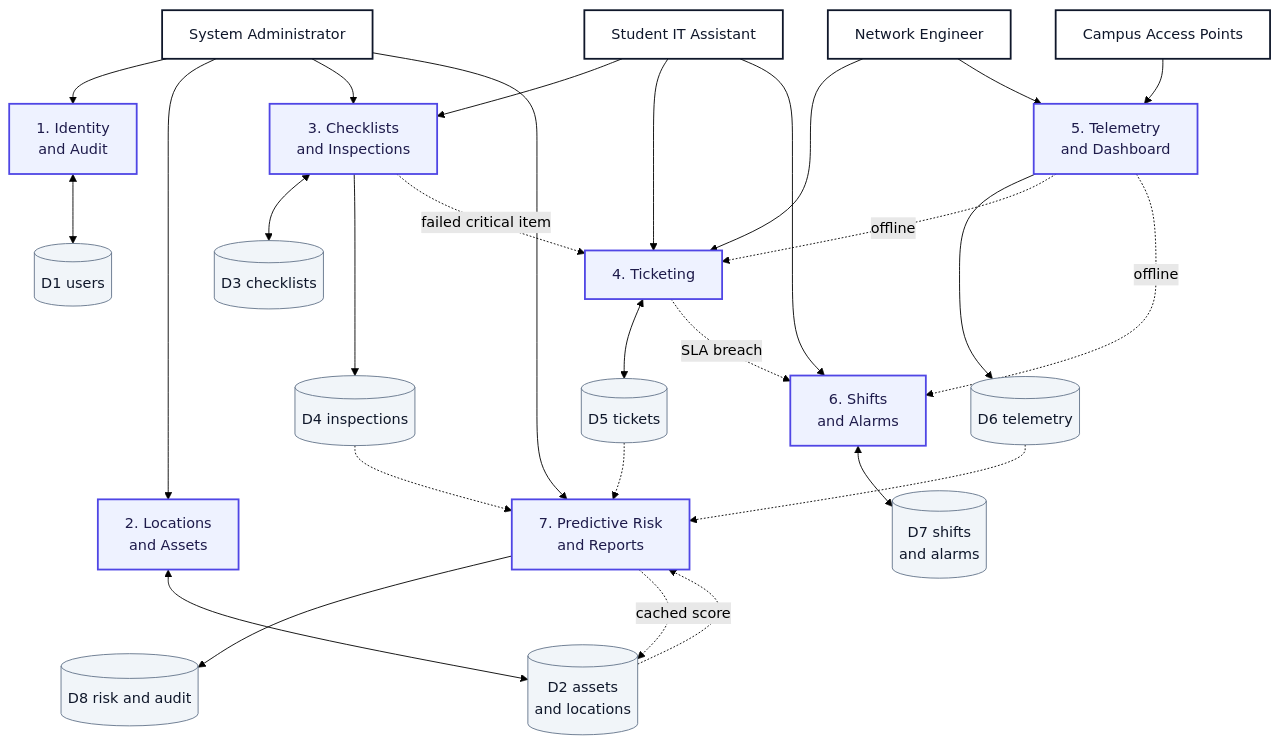
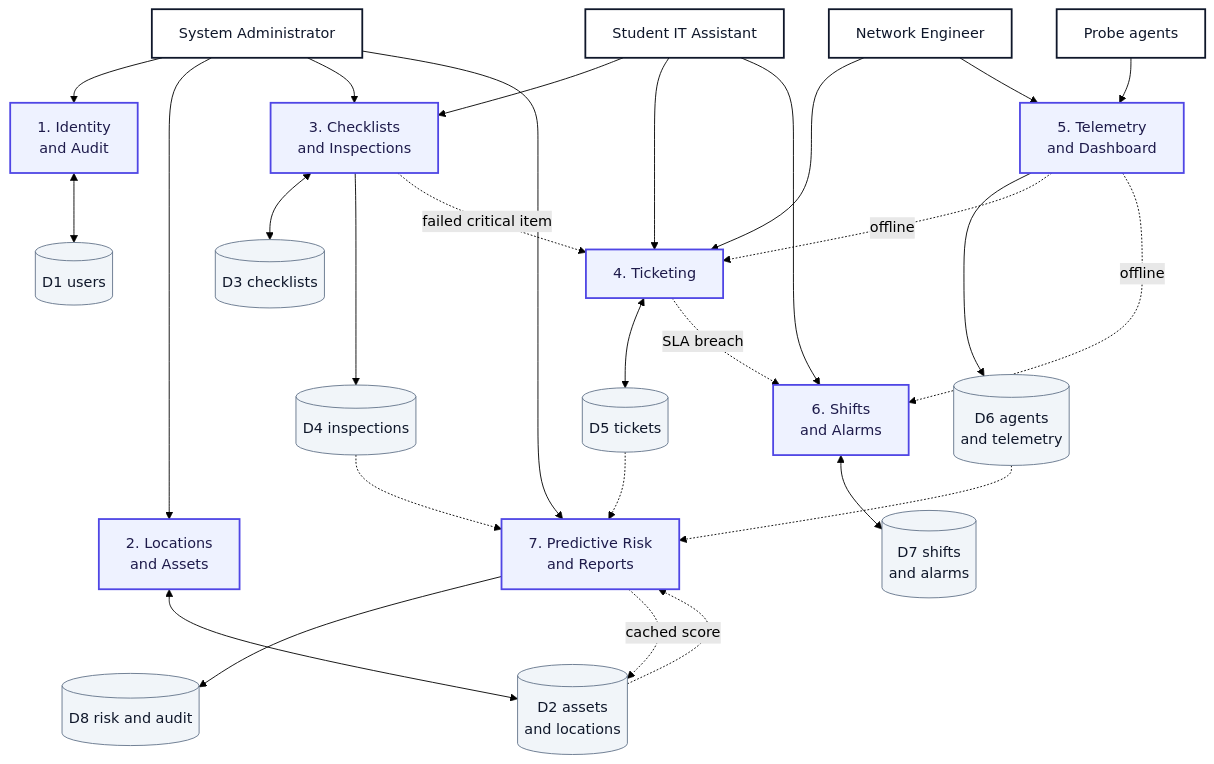
The second of 4 diagrams in docs/12-system-diagrams.md (phone292025/atlas-netcare), drawn with Mermaid (forest theme) before and after one commit. The commit also changed other lines of this file and 1 other file, not shown here.

First line of the commit message:
docs(architecture): add the ingest API, agents and the hourly aggregate

````diff
--- a/docs/12-system-diagrams.md
+++ b/docs/12-system-diagrams.md
@@ -73,61 +74,61 @@
 ```mermaid
 flowchart TB
     ASSISTANT["Student IT Assistant"]
     ENGINEER["Network Engineer"]
     ADMIN["System Administrator"]
-    APS["Campus Access Points"]
+    APS["Probe agents"]
 
     P1["1. Identity<br/>and Audit"]
     P2["2. Locations<br/>and Assets"]
     P3["3. Checklists<br/>and Inspections"]
     P4["4. Ticketing"]
     P5["5. Telemetry<br/>and Dashboard"]
     P6["6. Shifts<br/>and Alarms"]
     P7["7. Predictive Risk<br/>and Reports"]
 
     D1[("D1 users")]
     D2[("D2 assets<br/>and locations")]
     D3[("D3 checklists")]
     D4[("D4 inspections")]
     D5[("D5 tickets")]
-    D6[("D6 telemetry")]
+    D6[("D6 agents<br/>and telemetry")]
     D7[("D7 shifts<br/>and alarms")]
     D8[("D8 risk and audit")]
 
     ADMIN --> P1
     ADMIN --> P2
     ADMIN --> P3
     ASSISTANT --> P3
     ASSISTANT --> P4
     ASSISTANT --> P6
     ENGINEER --> P4
     ENGINEER --> P5
     ADMIN --> P7
     APS --> P5
 
     P1 <--> D1
     P2 <--> D2
     P3 <--> D3
     P3 --> D4
     P4 <--> D5
     P5 --> D6
     P6 <--> D7
     P7 --> D8
 
     P3 -.->|"failed critical item"| P4
     P4 -.->|"SLA breach"| P6
     P5 -.->|"offline"| P4
     P5 -.->|"offline"| P6
     D4 -.-> P7
     D5 -.-> P7
     D6 -.-> P7
     D2 -.-> P7
     P7 -.->|"cached score"| D2
 
     classDef proc fill:#eef2ff,stroke:#4f46e5,color:#1e1b4b,stroke-width:2px
     classDef store fill:#f1f5f9,stroke:#64748b,color:#0f172a
     classDef ext fill:#fff,stroke:#0f172a,color:#0f172a,stroke-width:2px
     class P1,P2,P3,P4,P5,P6,P7 proc
     class D1,D2,D3,D4,D5,D6,D7,D8 store
     class ASSISTANT,ENGINEER,ADMIN,APS ext
 ```
````
